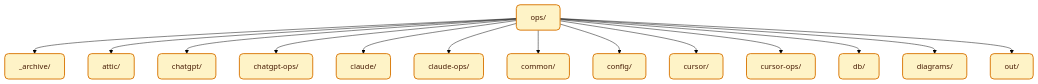
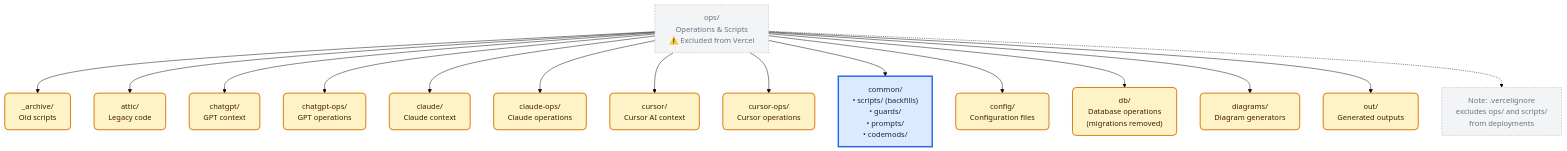
One commit to kpm34/college-football-fantasy-app changed the diagram in docs/diagrams/project-map/ops.md. Above: the diagram before and after it, drawn with Mermaid (forest theme). The commit also changed 3 other files, not shown here.

First line of the commit message:
docs(project-map): update diagrams for app, docs, schema, ops folders

````diff
--- a/docs/diagrams/project-map/ops.md
+++ b/docs/diagrams/project-map/ops.md
@@ -3,59 +3,72 @@
 ```mermaid
 flowchart TB
   classDef folder fill:#fef3c7,stroke:#d97706,stroke-width:2,color:#451a03,rx:8,ry:8
   classDef file fill:#f0fdf4,stroke:#65a30d,stroke-width:1.5,color:#422006,rx:4,ry:4
-  R["ops/"]
-  class R folder
-  ops__archive_["_archive/"]
+  classDef ignored fill:#f3f4f6,stroke:#9ca3af,stroke-width:1,stroke-dasharray:3 3,color:#6b7280
+  classDef highlight fill:#dbeafe,stroke:#2563eb,stroke-width:3,color:#1e293b
+  
+  R["ops/<br/>Operations & Scripts<br/>⚠️ Excluded from Vercel"]
+  class R ignored
+  
+  %% Archive folders
+  ops__archive_["_archive/<br/>Old scripts"]
   class ops__archive_ folder
   R --> ops__archive_
-  click ops__archive_ "/admin/project-map/ops/_archive" "Open _archive"
-  ops_attic_["attic/"]
+  
+  ops_attic_["attic/<br/>Legacy code"]
   class ops_attic_ folder
   R --> ops_attic_
-  click ops_attic_ "/admin/project-map/ops/attic" "Open attic"
-  ops_chatgpt_["chatgpt/"]
+  
+  %% AI-specific folders
+  ops_chatgpt_["chatgpt/<br/>GPT context"]
   class ops_chatgpt_ folder
   R --> ops_chatgpt_
-  click ops_chatgpt_ "/admin/project-map/ops/chatgpt" "Open chatgpt"
-  ops_chatgpt_ops_["chatgpt-ops/"]
+  
+  ops_chatgpt_ops_["chatgpt-ops/<br/>GPT operations"]
   class ops_chatgpt_ops_ folder
   R --> ops_chatgpt_ops_
-  click ops_chatgpt_ops_ "/admin/project-map/ops/chatgpt-ops" "Open chatgpt-ops"
-  ops_claude_["claude/"]
+  
+  ops_claude_["claude/<br/>Claude context"]
   class ops_claude_ folder
   R --> ops_claude_
-  click ops_claude_ "/admin/project-map/ops/claude" "Open claude"
-  ops_claude_ops_["claude-ops/"]
+  
+  ops_claude_ops_["claude-ops/<br/>Claude operations"]
   class ops_claude_ops_ folder
   R --> ops_claude_ops_
-  click ops_claude_ops_ "/admin/project-map/ops/claude-ops" "Open claude-ops"
-  ops_common_["common/"]
-  class ops_common_ folder
+  
+  ops_cursor_["cursor/<br/>Cursor AI context"]
+  class ops_cursor_ folder
+  R --> ops_cursor_
+  
+  ops_cursor_ops_["cursor-ops/<br/>Cursor operations"]
+  class ops_cursor_ops_ folder
+  R --> ops_cursor_ops_
+  
+  %% Active folders
+  ops_common_["common/<br/>• scripts/ (backfills)<br/>• guards/<br/>• prompts/<br/>• codemods/"]
+  class ops_common_ highlight
   R --> ops_common_
-  click ops_common_ "/admin/project-map/ops/common" "Open common"
-  ops_config_["config/"]
+  click ops_common_ "/admin/project-map/ops/common" "Open common utilities"
+  
+  ops_config_["config/<br/>Configuration files"]
   class ops_config_ folder
   R --> ops_config_
-  click ops_config_ "/admin/project-map/ops/config" "Open config"
-  ops_cursor_["cursor/"]
-  class ops_cursor_ folder
-  R --> ops_cursor_
-  click ops_cursor_ "/admin/project-map/ops/cursor" "Open cursor"
-  ops_cursor_ops_["cursor-ops/"]
-  class ops_cursor_ops_ folder
-  R --> ops_cursor_ops_
-  click ops_cursor_ops_ "/admin/project-map/ops/cursor-ops" "Open cursor-ops"
-  ops_db_["db/"]
+  
+  ops_db_["db/<br/>Database operations<br/>(migrations removed)"]
   class ops_db_ folder
   R --> ops_db_
-  click ops_db_ "/admin/project-map/ops/db" "Open db"
-  ops_diagrams_["diagrams/"]
+  click ops_db_ "/admin/project-map/ops/db" "Open db operations"
+  
+  ops_diagrams_["diagrams/<br/>Diagram generators"]
   class ops_diagrams_ folder
   R --> ops_diagrams_
-  click ops_diagrams_ "/admin/project-map/ops/diagrams" "Open diagrams"
-  ops_out_["out/"]
+  
+  ops_out_["out/<br/>Generated outputs"]
   class ops_out_ folder
   R --> ops_out_
-  click ops_out_ "/admin/project-map/ops/out" "Open out"
+  
+  %% Note about .vercelignore
+  vercelignore["Note: .vercelignore<br/>excludes ops/ and scripts/<br/>from deployments"]
+  class vercelignore ignored
+  R -.-> vercelignore
 ```
````
